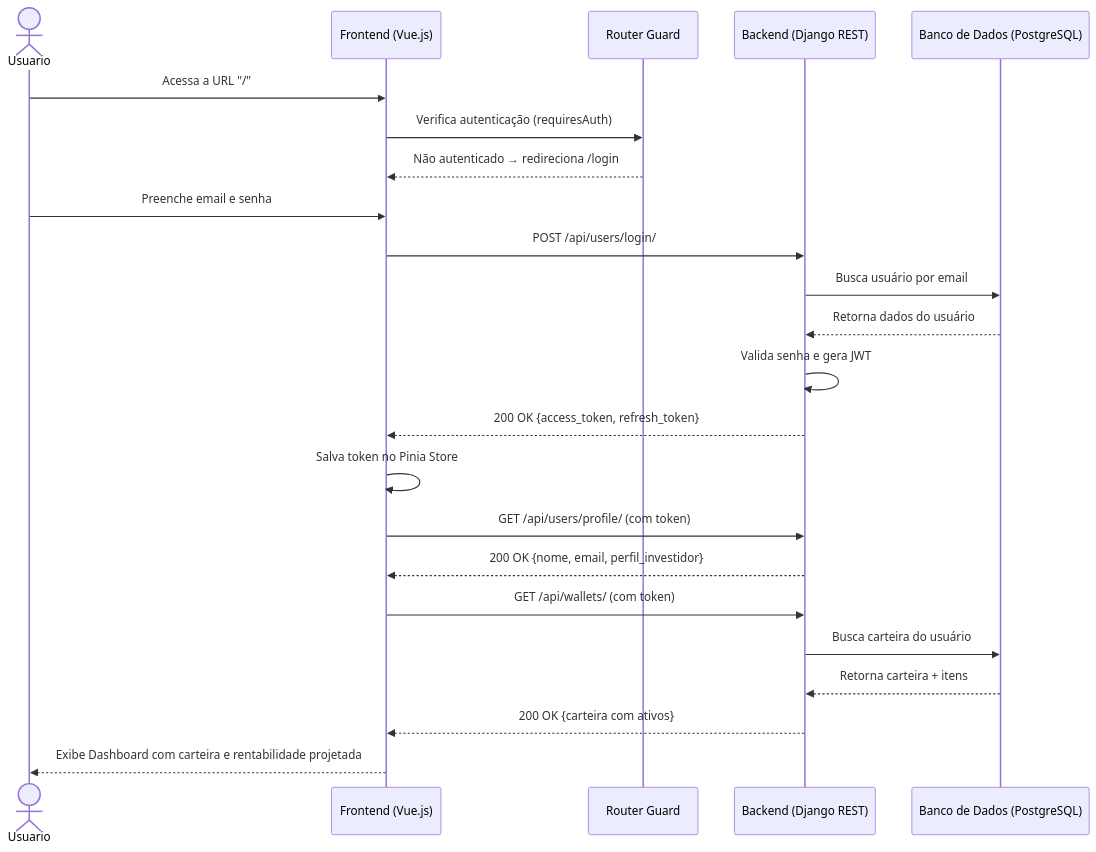
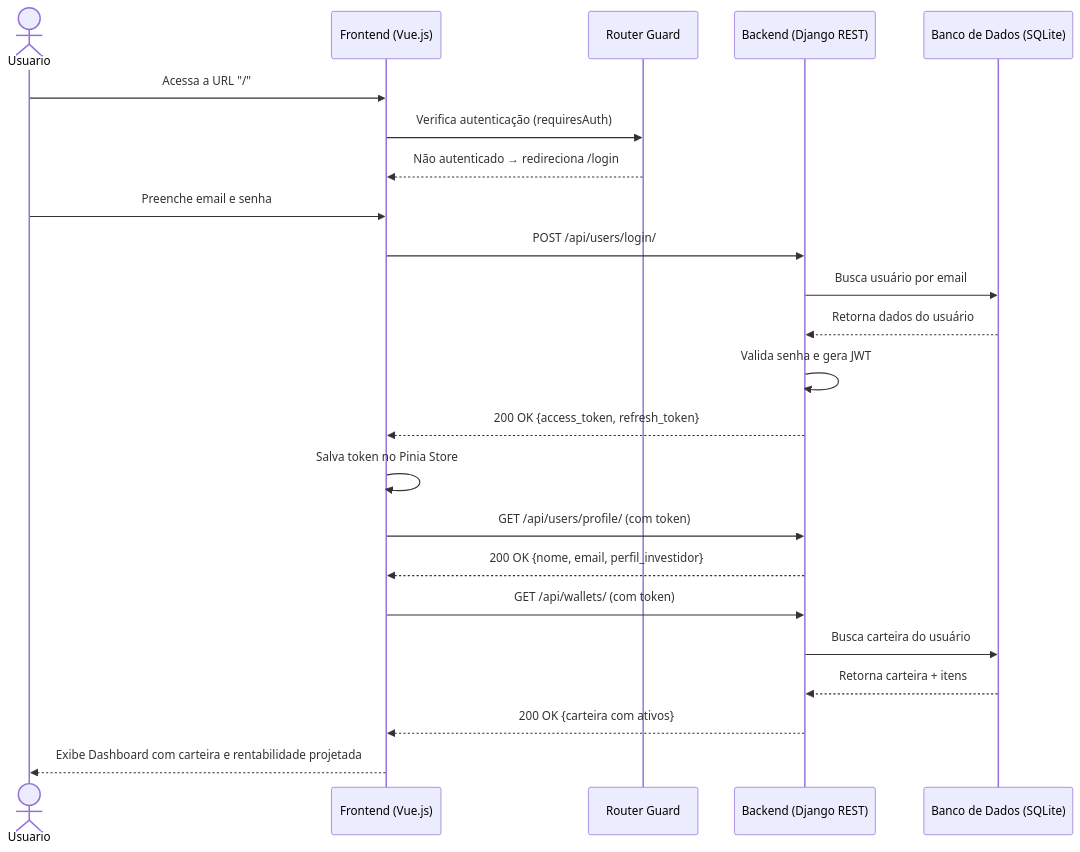
Before and after one commit to prfAguiar/tp-engsoft: the second of 4 diagrams in README.md, drawn with Mermaid. The commit also changed other lines of this file and 1 other file, not shown here.

Commit message:
docs: update setup instructions to use SQLite exclusively

````diff
--- a/README.md
+++ b/README.md
@@ -186,30 +178,30 @@
 ```mermaid
 sequenceDiagram
     actor Usuario
     participant Frontend as Frontend (Vue.js)
     participant Guard as Router Guard
     participant API as Backend (Django REST)
-    participant DB as Banco de Dados (PostgreSQL)
+    participant DB as Banco de Dados (SQLite)
 
     Usuario->>Frontend: Acessa a URL "/"
     Frontend->>Guard: Verifica autenticação (requiresAuth)
     Guard-->>Frontend: Não autenticado → redireciona /login
 
     Usuario->>Frontend: Preenche email e senha
     Frontend->>API: POST /api/users/login/
     API->>DB: Busca usuário por email
     DB-->>API: Retorna dados do usuário
     API->>API: Valida senha e gera JWT
     API-->>Frontend: 200 OK {access_token, refresh_token}
     Frontend->>Frontend: Salva token no Pinia Store
 
     Frontend->>API: GET /api/users/profile/ (com token)
     API-->>Frontend: 200 OK {nome, email, perfil_investidor}
 
     Frontend->>API: GET /api/wallets/ (com token)
     API->>DB: Busca carteira do usuário
     DB-->>API: Retorna carteira + itens
     API-->>Frontend: 200 OK {carteira com ativos}
 
     Frontend-->>Usuario: Exibe Dashboard com carteira e rentabilidade projetada
 ```
````
